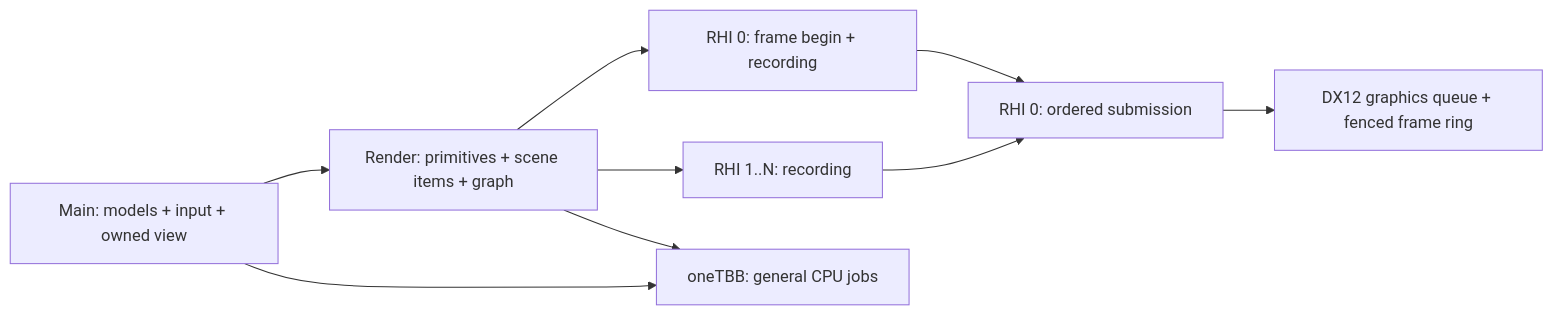
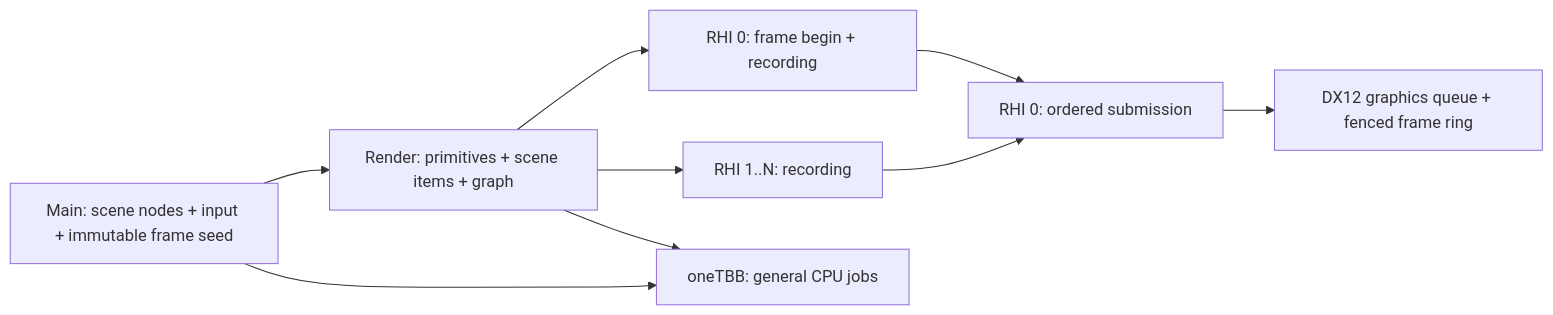
The first of 2 diagrams in docs/Architecture.md (jackgan90/HyperionEngine), drawn with Mermaid before and after one commit. The commit also changed other lines of this file and 37 other files, not shown here.

````diff
--- a/docs/Architecture.md
+++ b/docs/Architecture.md
@@ -5,11 +5,11 @@
 ```mermaid
 flowchart LR
-  Main[Main: models + input + owned view] --> Render[Render: primitives + scene items + graph]
+  Main[Main: scene nodes + input + immutable frame seed] --> Render[Render: primitives + scene items + graph]
   Render --> R0[RHI 0: frame begin + recording]
   Render --> R1[RHI 1..N: recording]
   R0 --> Submit[RHI 0: ordered submission]
   R1 --> Submit
   Submit --> GPU[DX12 graphics queue + fenced frame ring]
   Main --> Worker[oneTBB: general CPU jobs]
   Render --> Worker
 ```
````
